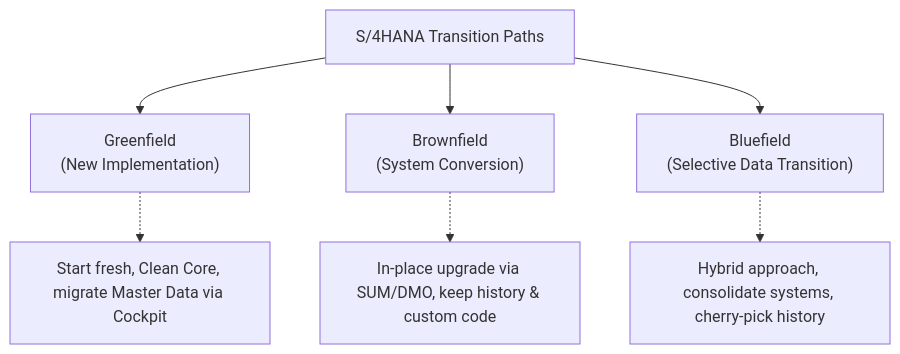
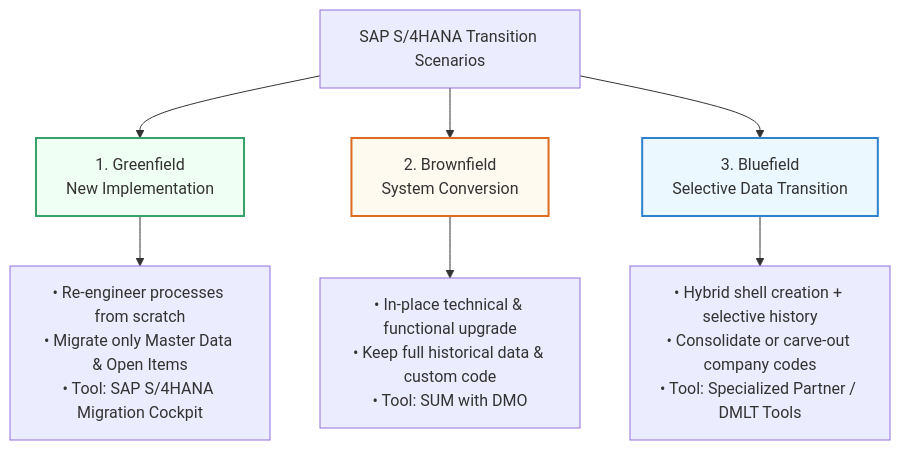
Before and after one commit to islamnassar13/S4HANA-FICO-End2End-Implementation-Hub: the seventh of 12 diagrams in s4hana-evolution-and-architecture.md, drawn with Mermaid. The commit also changed other lines of this file, not shown here.

````diff
--- a/s4hana-evolution-and-architecture.md
+++ b/s4hana-evolution-and-architecture.md
@@ -230,10 +350,14 @@
 ```mermaid
 graph TD
-    A["S/4HANA Transition Paths"] --> B["Greenfield<br>(New Implementation)"]
-    A --> C["Brownfield<br>(System Conversion)"]
-    A --> D["Bluefield<br>(Selective Data Transition)"]
+    TRANS["SAP S/4HANA Transition Scenarios"] --> GF["1. Greenfield<br>New Implementation"]
+    TRANS --> BF["2. Brownfield<br>System Conversion"]
+    TRANS --> SDT["3. Bluefield<br>Selective Data Transition"]
 
-    B -.-> B1["Start fresh, Clean Core, migrate Master Data via Cockpit"]
-    C -.-> C1["In-place upgrade via SUM/DMO, keep history & custom code"]
-    D -.-> D1["Hybrid approach, consolidate systems, cherry-pick history"]
+    GF --> GF_D["• Re-engineer processes from scratch<br>• Migrate only Master Data & Open Items<br>• Tool: SAP S/4HANA Migration Cockpit"]
+    BF --> BF_D["• In-place technical & functional upgrade<br>• Keep full historical data & custom code<br>• Tool: SUM with DMO"]
+    SDT --> SDT_D["• Hybrid shell creation + selective history<br>• Consolidate or carve-out company codes<br>• Tool: Specialized Partner / DMLT Tools"]
+
+    style GF fill:#f0fff4,stroke:#38a169,stroke-width:2px
+    style BF fill:#fffaf0,stroke:#dd6b20,stroke-width:2px
+    style SDT fill:#ebf8ff,stroke:#3182ce,stroke-width:2px
 ```
````
